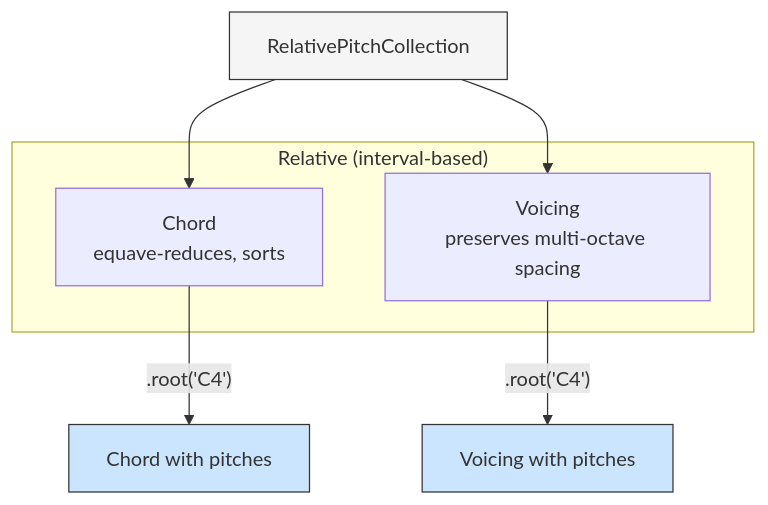
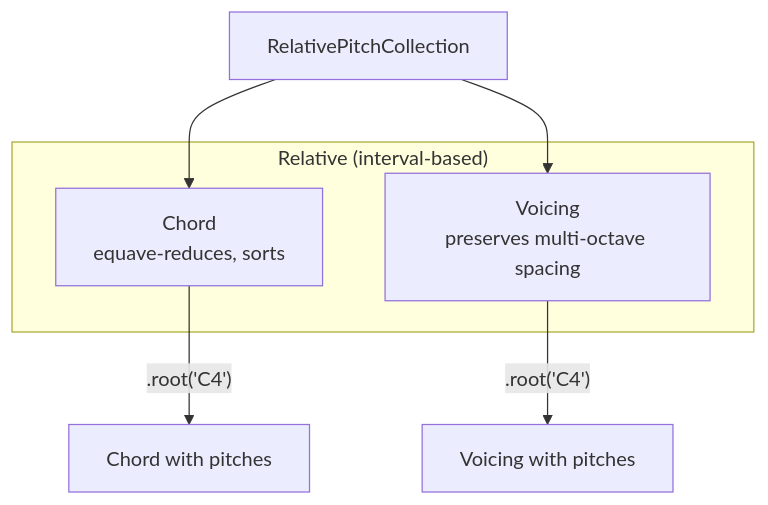
One commit to kr4g/Klotho changed the third of 5 diagrams in docs/architecture/11_PITCH_COLLECTIONS.md. Above: the diagram before and after it, drawn with Mermaid. The commit also changed other lines of this file and 13 other files, not shown here.

First line of the commit message:
Overhaul architecture docs for Klotho 10.x API

````diff
--- a/docs/architecture/11_PITCH_COLLECTIONS.md
+++ b/docs/architecture/11_PITCH_COLLECTIONS.md
@@ -192,17 +185,13 @@
 ```mermaid
 flowchart TD
     subgraph "Relative (interval-based)"
         CHORD["Chord<br/>equave-reduces, sorts"]
         VOICING["Voicing<br/>preserves multi-octave spacing"]
     end
 
     RPC["RelativePitchCollection"] --> CHORD
     RPC --> VOICING
 
     CHORD -->|".root('C4')"| INST_C["Chord with pitches"]
     VOICING -->|".root('C4')"| INST_V["Voicing with pitches"]
-
-    style RPC fill:#f5f5f5,stroke:#333
-    style INST_C fill:#cce5ff,stroke:#333
-    style INST_V fill:#cce5ff,stroke:#333
 ```
````
